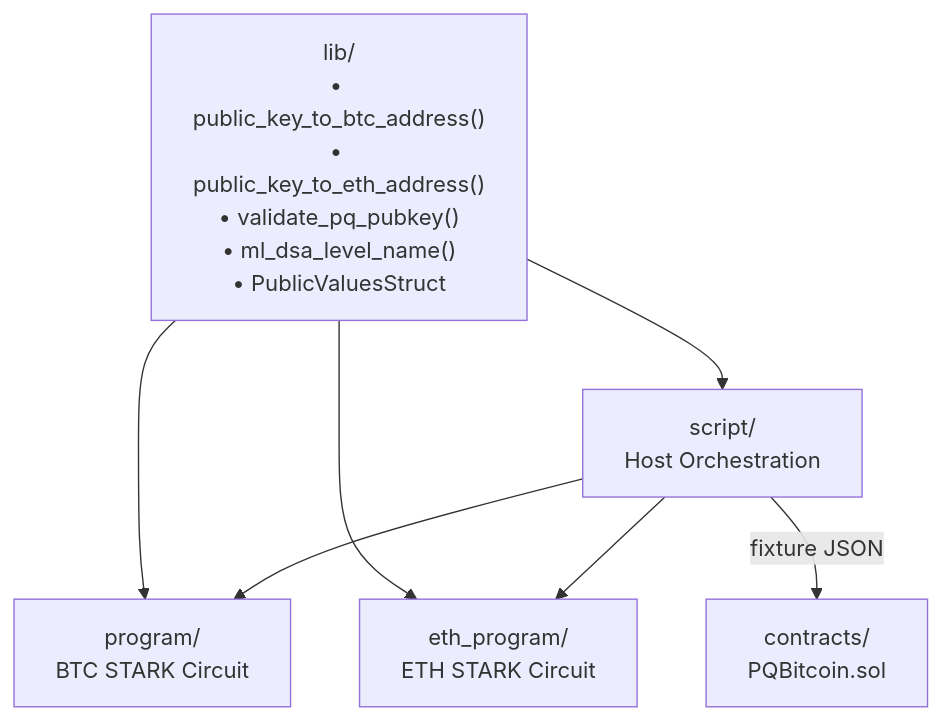
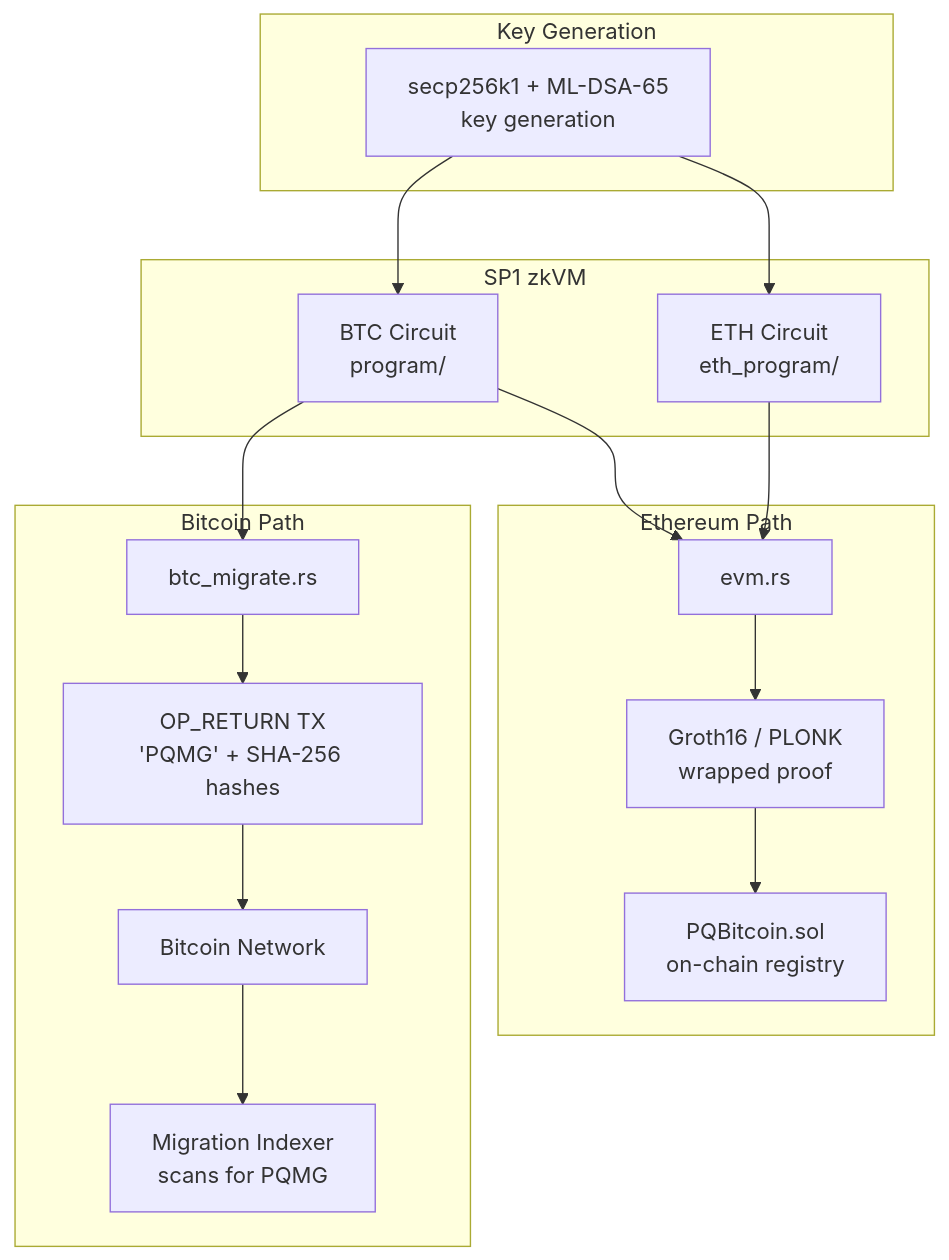
One commit to skardas/pq_bitcoin changed the third of 4 diagrams in README.md. Above: the diagram before and after it, drawn with Mermaid. The commit also changed other lines of this file and 4 other files, not shown here.

First line of the commit message:
feat: add OP_RETURN Bitcoin migration registry (Phase 6)

````diff
--- a/README.md
+++ b/README.md
@@ -264,16 +267,25 @@
 ```mermaid
 graph TD
-    LIB["lib/<br/>• public_key_to_btc_address()<br/>• public_key_to_eth_address()<br/>• validate_pq_pubkey()<br/>• ml_dsa_level_name()<br/>• PublicValuesStruct"]
+    subgraph "Key Generation"
+        A["secp256k1 + ML-DSA-65<br/>key generation"]
+    end
 
-    BTC["program/<br/>BTC STARK Circuit"]
-    ETH["eth_program/<br/>ETH STARK Circuit"]
-    SCRIPT["script/<br/>Host Orchestration"]
-    CONTRACT["contracts/<br/>PQBitcoin.sol"]
+    subgraph "SP1 zkVM"
+        A --> B["BTC Circuit<br/>program/"]
+        A --> C["ETH Circuit<br/>eth_program/"]
+    end
 
-    LIB --> BTC
-    LIB --> ETH
-    LIB --> SCRIPT
-    SCRIPT --> BTC
-    SCRIPT --> ETH
-    SCRIPT -->|"fixture JSON"| CONTRACT
+    subgraph "Bitcoin Path"
+        B --> D["btc_migrate.rs"]
+        D --> E["OP_RETURN TX<br/>'PQMG' + SHA-256 hashes"]
+        E --> F["Bitcoin Network"]
+        F --> G["Migration Indexer<br/>scans for PQMG"]
+    end
+
+    subgraph "Ethereum Path"
+        B --> H["evm.rs"]
+        C --> H
+        H --> I["Groth16 / PLONK<br/>wrapped proof"]
+        I --> J["PQBitcoin.sol<br/>on-chain registry"]
+    end
 ```
````
